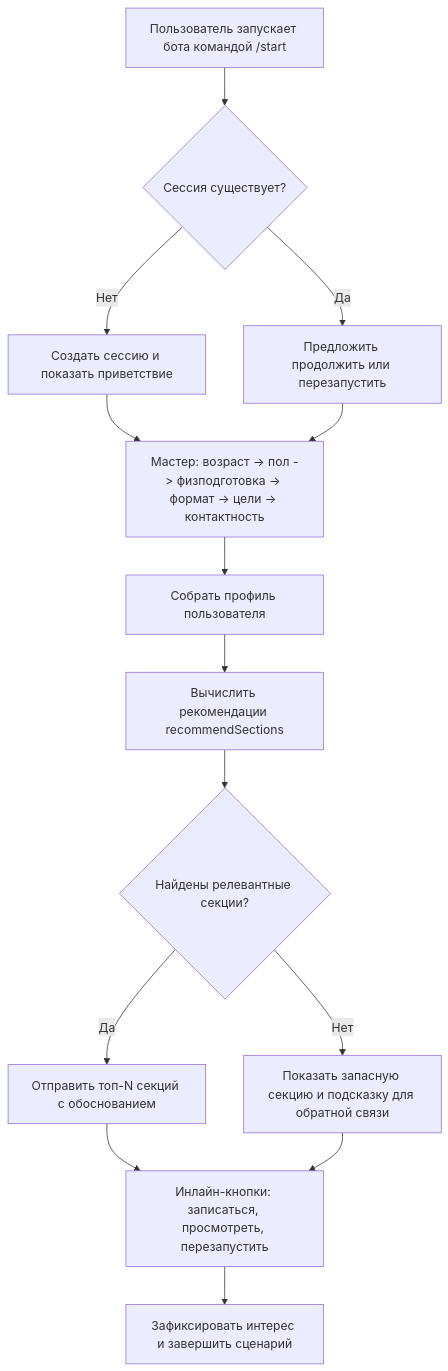
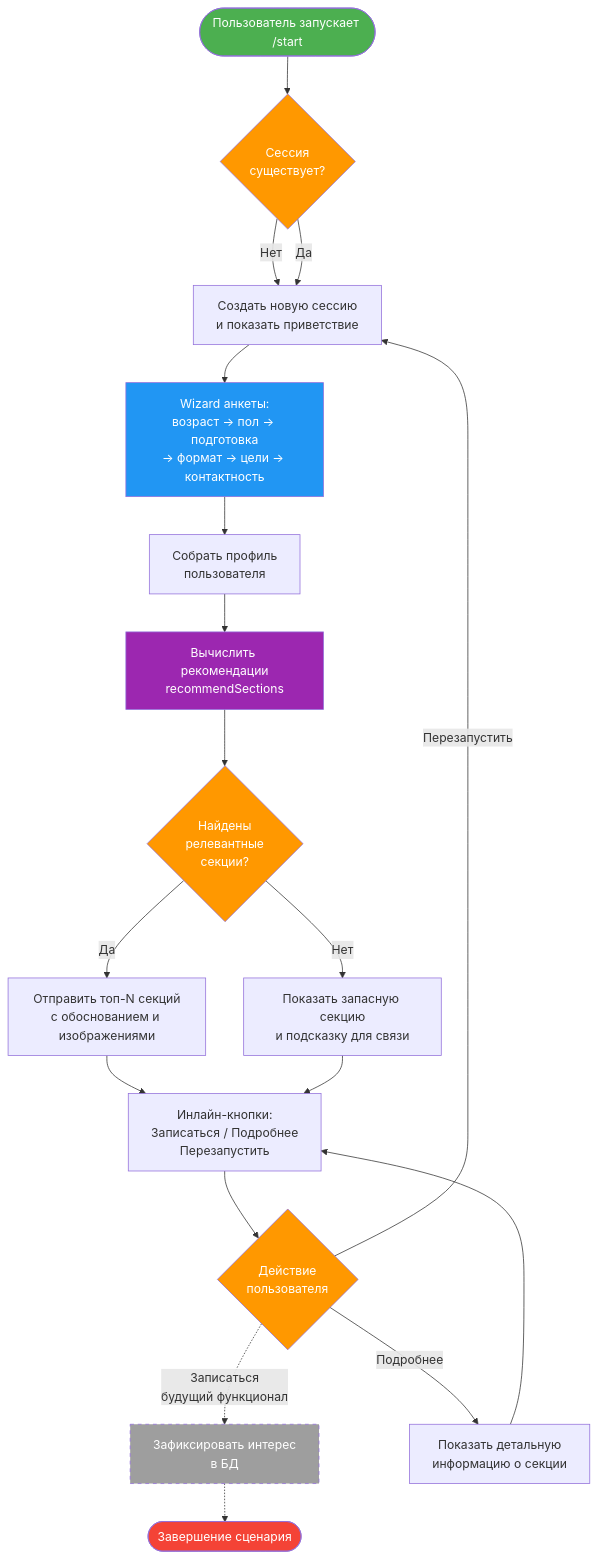
One commit to kotru21/bsuir changed the sixth of 7 diagrams in README.md. Above: the diagram before and after it, drawn with Mermaid. The commit also changed other lines of this file, not shown here.

First line of the commit message:
Revise and expand README with updated diagrams and setup

````diff
--- a/README.md
+++ b/README.md
@@ -250,16 +325,43 @@
 ```mermaid
 flowchart TD
-   A[Пользователь запускает бота командой /start] --> B{Сессия существует?}
-   B -- Нет --> C[Создать сессию и показать приветствие]
-   B -- Да --> D[Предложить продолжить или перезапустить]
-   C --> E[Мастер: возраст -> пол -> физподготовка -> формат -> цели -> контактность]
-   D --> E
-   E --> F[Собрать профиль пользователя]
-   F --> G[Вычислить рекомендации recommendSections]
-   G --> H{Найдены релевантные секции?}
-   H -- Да --> I[Отправить топ-N секций с обоснованием]
-   H -- Нет --> J[Показать запасную секцию и подсказку для обратной связи]
-   I --> K[Инлайн-кнопки: записаться, просмотреть, перезапустить]
-   J --> K
-   K --> L[Зафиксировать интерес и завершить сценарий]
+   Start([Пользователь запускает /start])
+
+   Start --> CheckSession{Сессия<br/>существует?}
+
+   CheckSession -->|Нет| CreateSession[Создать новую сессию<br/>и показать приветствие]
+   CheckSession -->|Да| CreateSession
+
+   CreateSession --> Wizard[Wizard анкеты:<br/>возраст → пол → подготовка<br/>→ формат → цели → контактность]
+
+   Wizard --> AssembleProfile[Собрать профиль<br/>пользователя]
+
+   AssembleProfile --> ComputeRecs[Вычислить рекомендации<br/>recommendSections]
+
+   ComputeRecs --> CheckResults{Найдены<br/>релевантные<br/>секции?}
+
+   CheckResults -->|Да| SendTop[Отправить топ-N секций<br/>с обоснованием и изображениями]
+   CheckResults -->|Нет| SendFallback[Показать запасную секцию<br/>и подсказку для связи]
+
+   SendTop --> ShowButtons
+   SendFallback --> ShowButtons
+
+   ShowButtons[Инлайн-кнопки:<br/>Записаться / Подробнее<br/>Перезапустить]
+
+   ShowButtons --> UserAction{Действие<br/>пользователя}
+
+   UserAction -.->|Записаться<br/>будущий функционал| RecordInterest[Зафиксировать интерес<br/>в БД]
+   UserAction -->|Подробнее| ShowDetails[Показать детальную<br/>информацию о секции]
+   UserAction -->|Перезапустить| CreateSession
+
+   RecordInterest -.-> End([Завершение сценария])
+   ShowDetails --> ShowButtons
+
+   style Start fill:#4caf50,color:#fff
+   style End fill:#f44336,color:#fff
+   style CheckSession fill:#ff9800,color:#fff
+   style CheckResults fill:#ff9800,color:#fff
+   style UserAction fill:#ff9800,color:#fff
+   style Wizard fill:#2196f3,color:#fff
+   style ComputeRecs fill:#9c27b0,color:#fff
+   style RecordInterest fill:#9e9e9e,color:#fff,stroke-dasharray: 5 5
 ```
````
